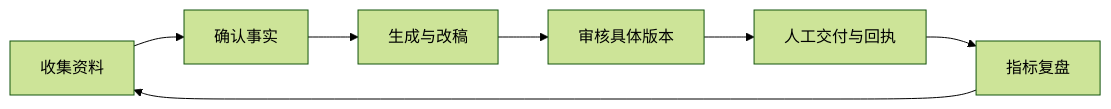
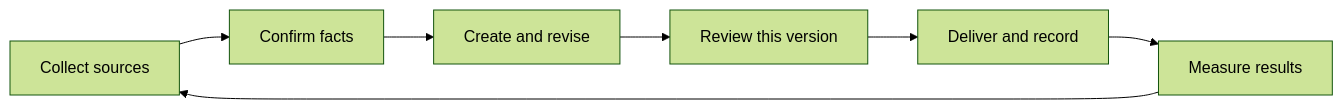
Before and after one commit to xliang-L/harbor: the diagram in README.md, drawn with Mermaid (forest theme). The commit also changed other lines of this file and 2 other files, not shown here.

````diff
--- a/README.md
+++ b/README.md
@@ -46,9 +48,9 @@
 ```mermaid
 flowchart LR
-    A[收集资料] --> B[确认事实]
-    B --> C[生成与改稿]
-    C --> D[审核具体版本]
-    D --> E[人工交付与回执]
-    E --> F[指标复盘]
+    A[Collect sources] --> B[Confirm facts]
+    B --> C[Create and revise]
+    C --> D[Review this version]
+    D --> E[Deliver and record]
+    E --> F[Measure results]
     F --> A
 ```
````
